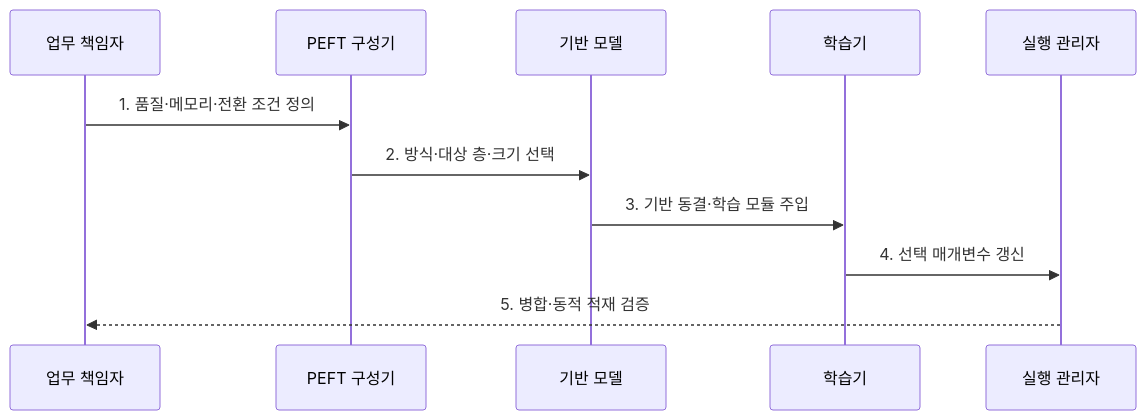
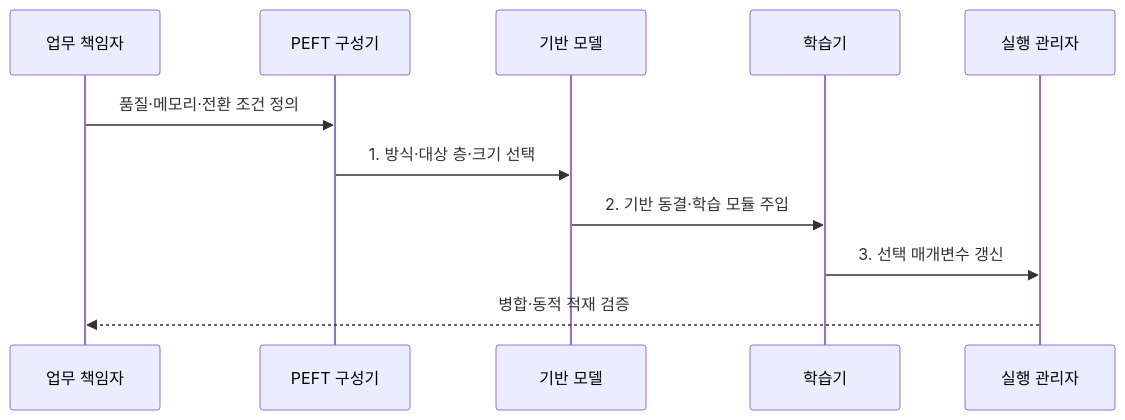
Before and after one commit to agnusdei1207/knowledge-base: the second of 2 diagrams in src/content/docs/notes/08-latest-tech/061_parameter_efficient_fine_tuning.md, drawn with Mermaid. The commit also changed other lines of this file and 225 other files, not shown here.

````diff
--- a/src/content/docs/notes/08-latest-tech/061_parameter_efficient_fine_tuning.md
+++ b/src/content/docs/notes/08-latest-tech/061_parameter_efficient_fine_tuning.md
@@ -73,13 +73,13 @@
 ```mermaid
 sequenceDiagram
     participant O as 업무 책임자
     participant C as PEFT 구성기
     participant B as 기반 모델
     participant T as 학습기
     participant R as 실행 관리자
-    O->>C: 1. 품질·메모리·전환 조건 정의
-    C->>B: 2. 방식·대상 층·크기 선택
-    B->>T: 3. 기반 동결·학습 모듈 주입
-    T->>R: 4. 선택 매개변수 갱신
-    R-->>O: 5. 병합·동적 적재 검증
+    O->>C: 품질·메모리·전환 조건 정의
+    C->>B: 1. 방식·대상 층·크기 선택
+    B->>T: 2. 기반 동결·학습 모듈 주입
+    T->>R: 3. 선택 매개변수 갱신
+    R-->>O: 병합·동적 적재 검증
 ```
````
